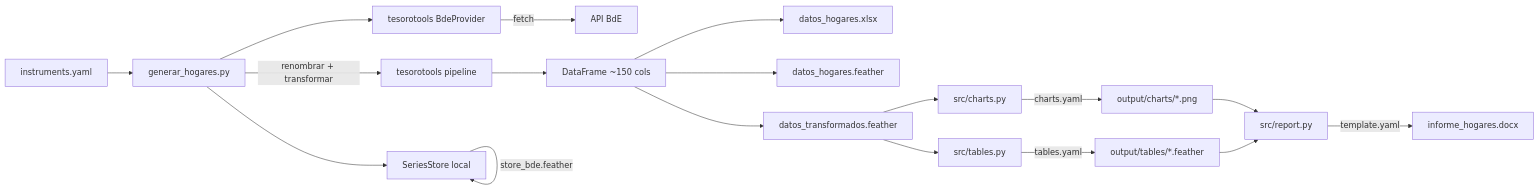
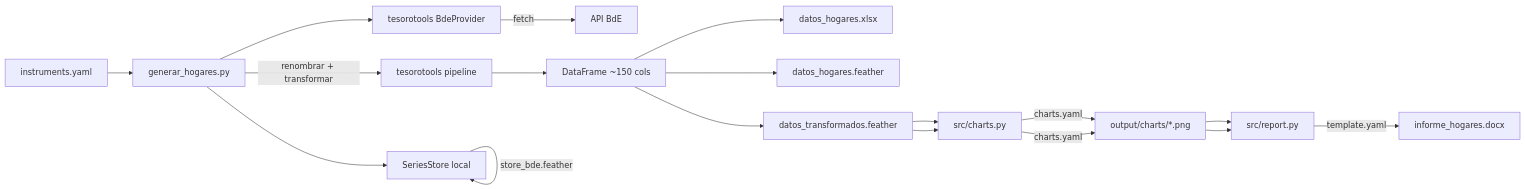
Before and after one commit to sgtyfianalisisfinanciero/situacion_financiera: the first of 2 diagrams in docs/architecture.md, drawn with Mermaid. The commit also changed other lines of this file and 16 other files, not shown here.

````diff
--- a/docs/architecture.md
+++ b/docs/architecture.md
@@ -24,20 +24,20 @@
 ```mermaid
 graph LR
     INST[instruments.yaml] --> O[generar_hogares.py]
     O --> P[tesorotools BdeProvider]
     O --> S[SeriesStore local]
     P -- "fetch" --> API[API BdE]
     S -- "store_bde.feather" --> S
     O -- "renombrar + transformar" --> TT[tesorotools pipeline]
     TT --> DF[DataFrame ~150 cols]
     DF --> XLS[datos_hogares.xlsx]
     DF --> FT[datos_hogares.feather]
     DF --> CF[datos_transformados.feather]
     CF --> CH[src/charts.py]
-    CF --> TB[src/tables.py]
+    CF --> CH
     CH -- "charts.yaml" --> PNG[output/charts/*.png]
-    TB -- "tables.yaml" --> TBF[output/tables/*.feather]
+    CH -- "charts.yaml" --> PNG[output/charts/*.png]
     PNG --> RP[src/report.py]
-    TBF --> RP
+    PNG --> RP
     RP -- "template.yaml" --> DOCX[informe_hogares.docx]
 ```
````
